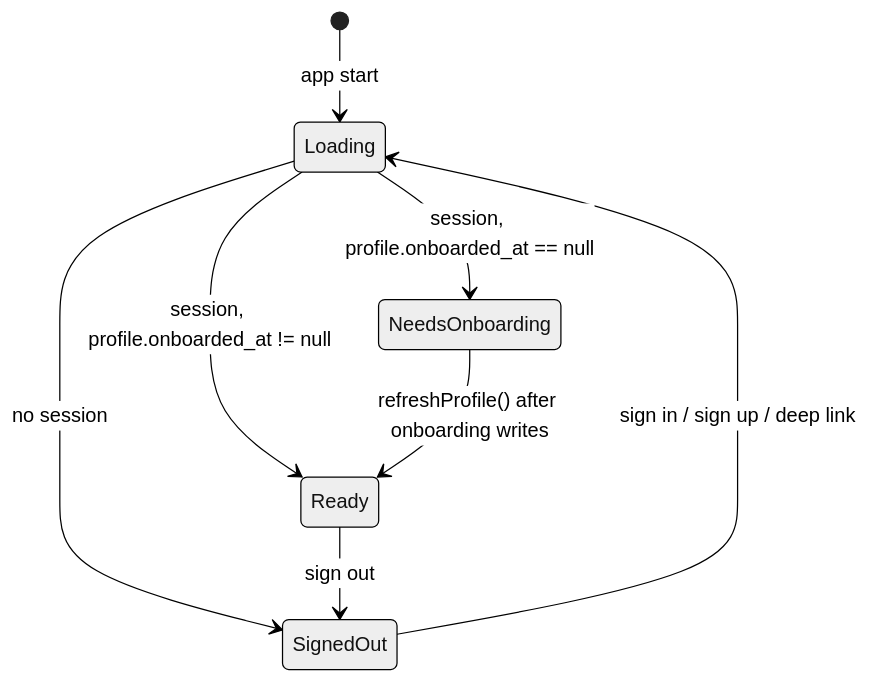
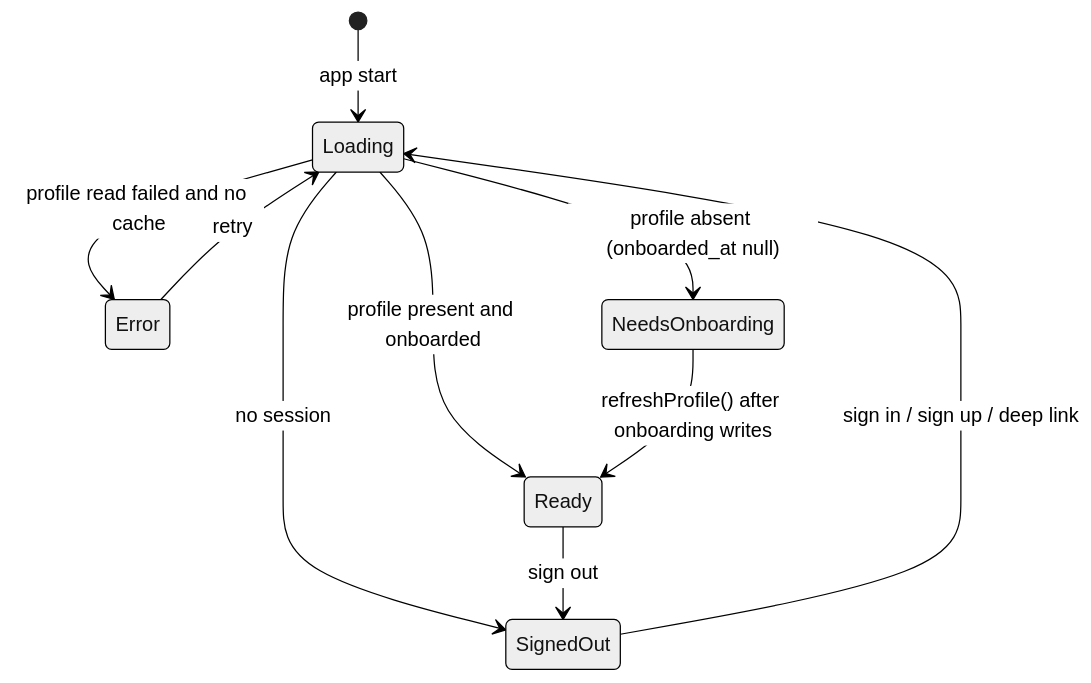
The second of 7 diagrams in docs/ENGINEERING_HANDOFF.md (mateosauton/personal-trainer), drawn with Mermaid (neutral theme) before and after one commit. The commit also changed other lines of this file and 1 other file, not shown here.

````diff
--- a/docs/ENGINEERING_HANDOFF.md
+++ b/docs/ENGINEERING_HANDOFF.md
@@ -359,10 +350,12 @@
 ```mermaid
 stateDiagram-v2
     [*] --> Loading: app start
     Loading --> SignedOut: no session
-    Loading --> NeedsOnboarding: session, profile.onboarded_at == null
-    Loading --> Ready: session, profile.onboarded_at != null
+    Loading --> Error: profile read failed and no cache
+    Loading --> NeedsOnboarding: profile absent (onboarded_at null)
+    Loading --> Ready: profile present and onboarded
+    Error --> Loading: retry
     SignedOut --> Loading: sign in / sign up / deep link
     NeedsOnboarding --> Ready: refreshProfile() after onboarding writes
     Ready --> SignedOut: sign out
 ```
````
